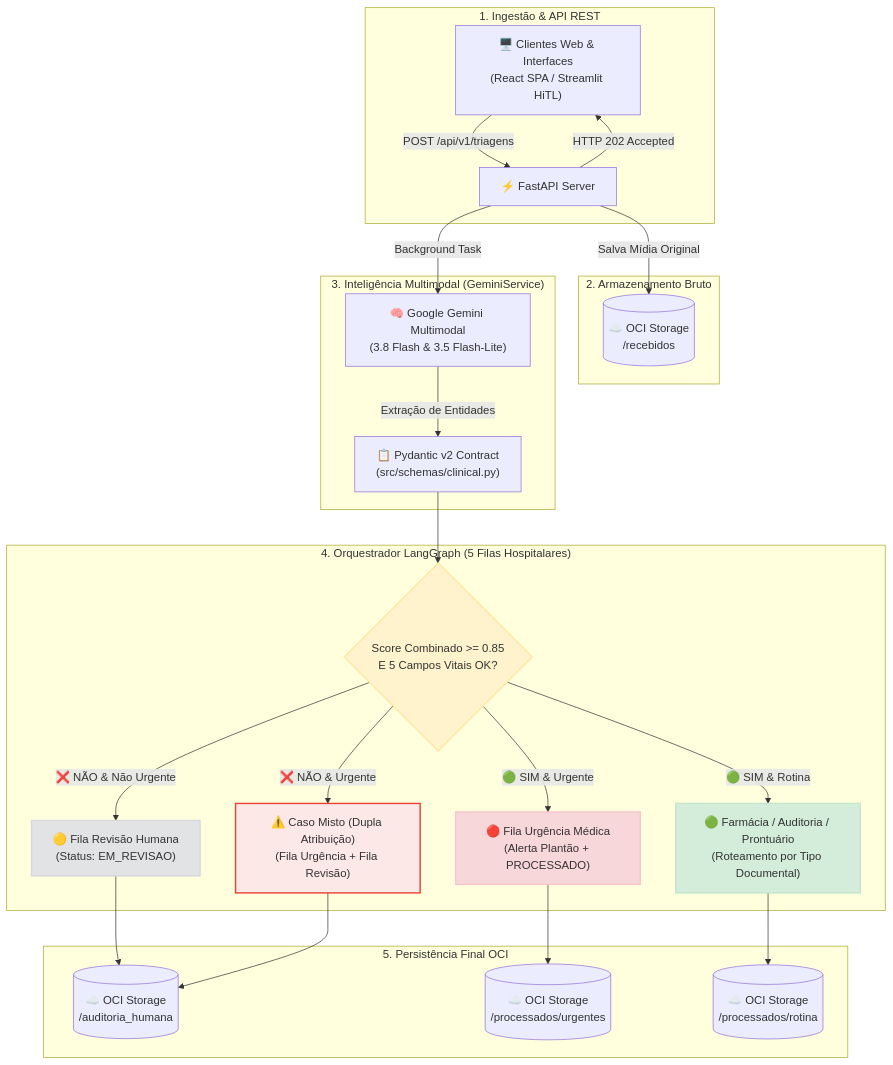
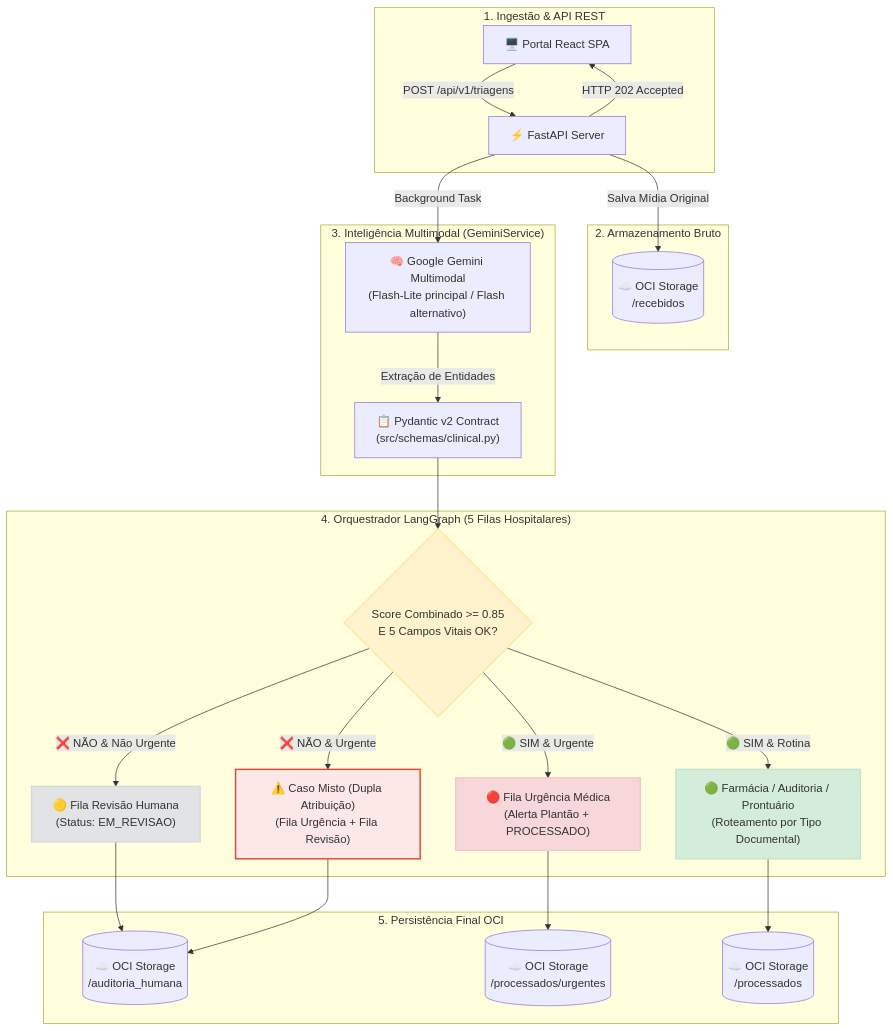
One commit to No-Country-simulation/g10-brasil-equipe-15_mediflow changed the diagram in README.md. Above: the diagram before and after it, drawn with Mermaid. The commit also changed other lines of this file and 1 other file, not shown here.

````diff
--- a/README.md
+++ b/README.md
@@ -72,38 +72,38 @@
 ```mermaid
 flowchart TD
     subgraph INGESTION["1. Ingestão & API REST"]
-        A["🖥️ Clientes Web & Interfaces<br/>(React SPA / Streamlit HiTL)"] -->|POST /api/v1/triagens| B["⚡ FastAPI Server"]
+        A["🖥️ Portal React SPA"] -->|POST /api/v1/triagens| B["⚡ FastAPI Server"]
         B -->|HTTP 202 Accepted| A
     end
 
     subgraph OCI_IN["2. Armazenamento Bruto"]
         B -->|Salva Mídia Original| C[("☁️ OCI Storage<br/>/recebidos")]
     end
 
     subgraph AI_ENGINE["3. Inteligência Multimodal (GeminiService)"]
-        B -->|Background Task| D["🧠 Google Gemini Multimodal<br/>(3.8 Flash & 3.5 Flash-Lite)"]
+        B -->|Background Task| D["🧠 Google Gemini Multimodal<br/>(Flash-Lite principal / Flash alternativo)"]
         D -->|Extração de Entidades| E["📋 Pydantic v2 Contract<br/>(src/schemas/clinical.py)"]
     end
 
     subgraph ROUTING["4. Orquestrador LangGraph (5 Filas Hospitalares)"]
         E --> F{"Score Combinado >= 0.85<br/>E 5 Campos Vitais OK?"}
         
         F -- ❌ NÃO & Não Urgente --> G1["🟡 Fila Revisão Humana<br/>(Status: EM_REVISAO)"]
         F -- ❌ NÃO & Urgente --> GM["⚠️ Caso Misto (Dupla Atribuição)<br/>(Fila Urgência + Fila Revisão)"]
         F -- 🟢 SIM & Urgente --> G2["🔴 Fila Urgência Médica<br/>(Alerta Plantão + PROCESSADO)"]
         F -- 🟢 SIM & Rotina --> G3["🟢 Farmácia / Auditoria / Prontuário<br/>(Roteamento por Tipo Documental)"]
     end
 
     subgraph OCI_OUT["5. Persistência Final OCI"]
         G1 --> H1[("☁️ OCI Storage<br/>/auditoria_humana")]
         GM --> H1
         G2 --> H2[("☁️ OCI Storage<br/>/processados/urgentes")]
-        G3 --> H3[("☁️ OCI Storage<br/>/processados/rotina")]
+        G3 --> H3[("☁️ OCI Storage<br/>/processados")]
     end
 
     style F fill:#FFF3CD,stroke:#FFE8A1,stroke-width:2px
     style G2 fill:#F8D7DA,stroke:#F5C6CB,stroke-width:2px
     style GM fill:#FCE8E6,stroke:#EA4335,stroke-width:2px
     style G1 fill:#E2E3E5,stroke:#D6D8DB,stroke-width:2px
     style G3 fill:#D4EDDA,stroke:#C3E6CB,stroke-width:2px
 ```
````
